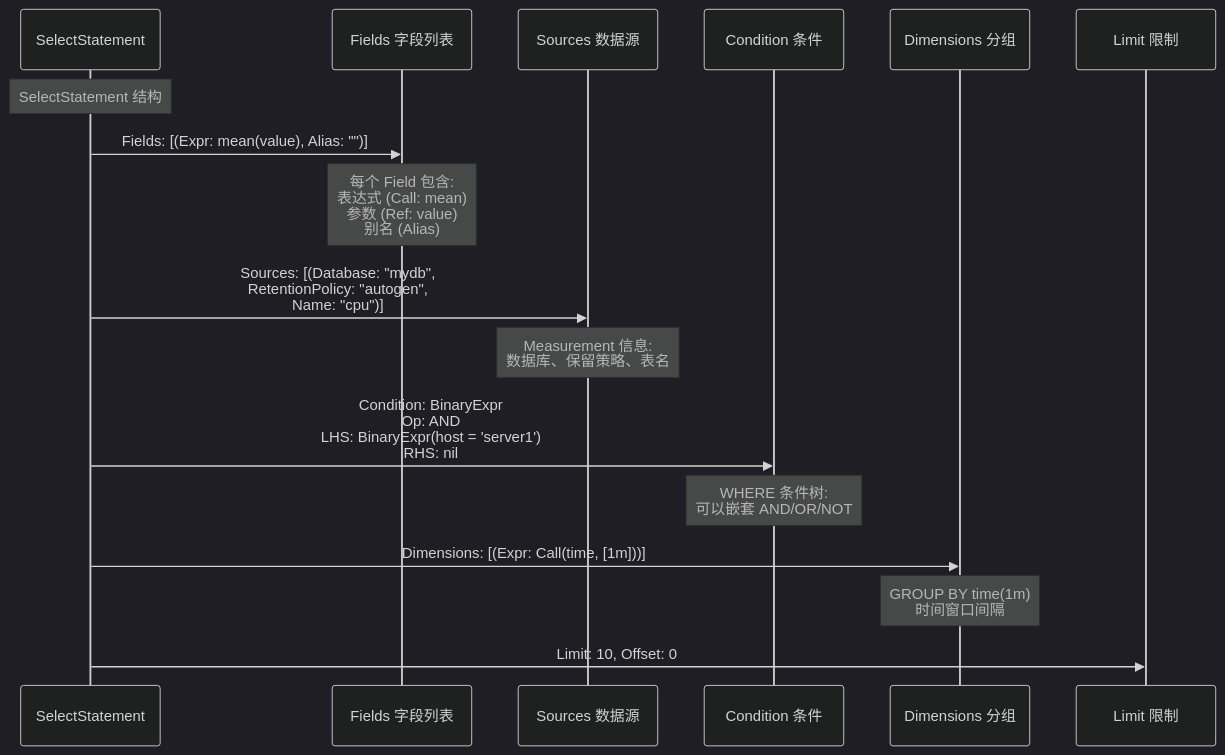
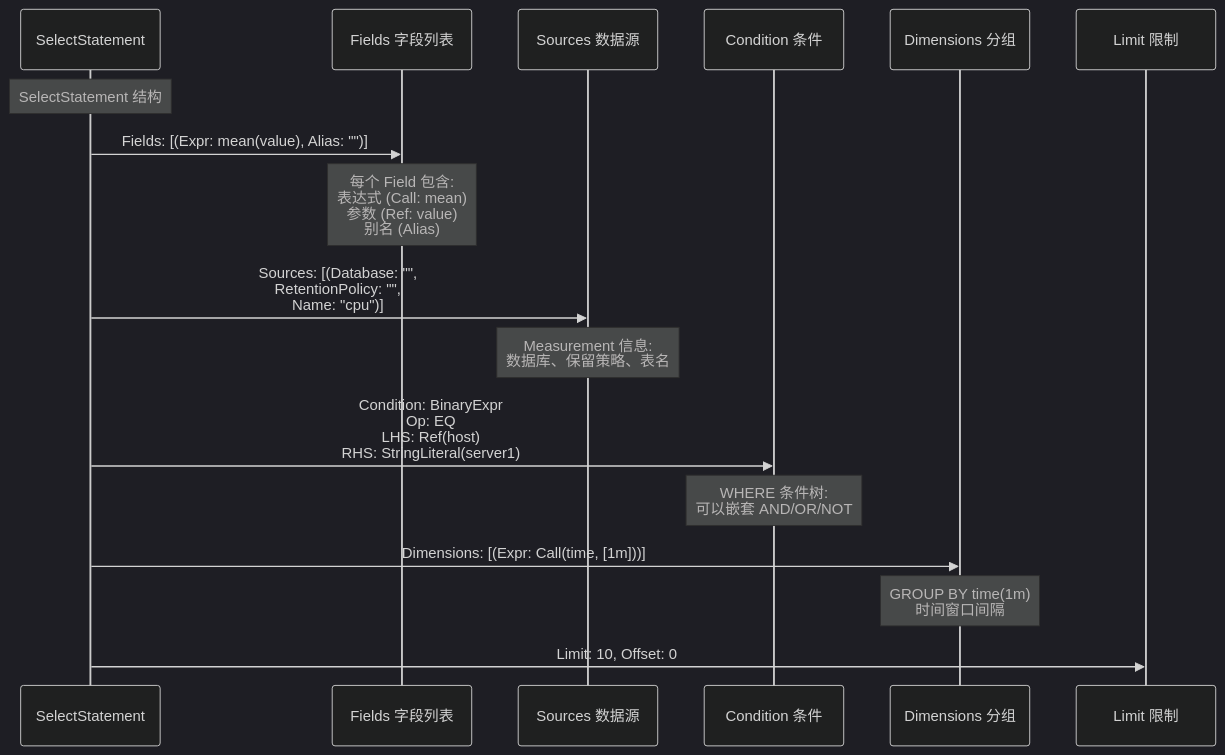
The third of 33 diagrams in docs/specs/03_query_engine_spec.md (stefanv5/openGemini), drawn with Mermaid (dark theme) before and after one commit. The commit also changed other lines of this file and 37 other files, not shown here.

````diff
--- a/docs/specs/03_query_engine_spec.md
+++ b/docs/specs/03_query_engine_spec.md
@@ -166,24 +170,24 @@
 ```mermaid
 sequenceDiagram
     participant AST as SelectStatement
     participant Fields as Fields 字段列表
     participant Sources as Sources 数据源
     participant Where as Condition 条件
     participant Group as Dimensions 分组
     participant Limit as Limit 限制
 
     Note over AST: SelectStatement 结构
     AST->>Fields: Fields: [(Expr: mean(value), Alias: "")]
     Note over Fields: 每个 Field 包含:<br/>表达式 (Call: mean)<br/>参数 (Ref: value)<br/>别名 (Alias)
 
-    AST->>Sources: Sources: [(Database: "mydb",<br/>RetentionPolicy: "autogen",<br/>Name: "cpu")]
+    AST->>Sources: Sources: [(Database: "",<br/>RetentionPolicy: "",<br/>Name: "cpu")]
     Note over Sources: Measurement 信息:<br/>数据库、保留策略、表名
 
-    AST->>Where: Condition: BinaryExpr<br/>Op: AND<br/>LHS: BinaryExpr(host = 'server1')<br/>RHS: nil
+    AST->>Where: Condition: BinaryExpr<br/>Op: EQ<br/>LHS: Ref(host)<br/>RHS: StringLiteral(server1)
     Note over Where: WHERE 条件树:<br/>可以嵌套 AND/OR/NOT
 
     AST->>Group: Dimensions: [(Expr: Call(time, [1m]))]
     Note over Group: GROUP BY time(1m)<br/>时间窗口间隔
 
     AST->>Limit: Limit: 10, Offset: 0
 ```
````
